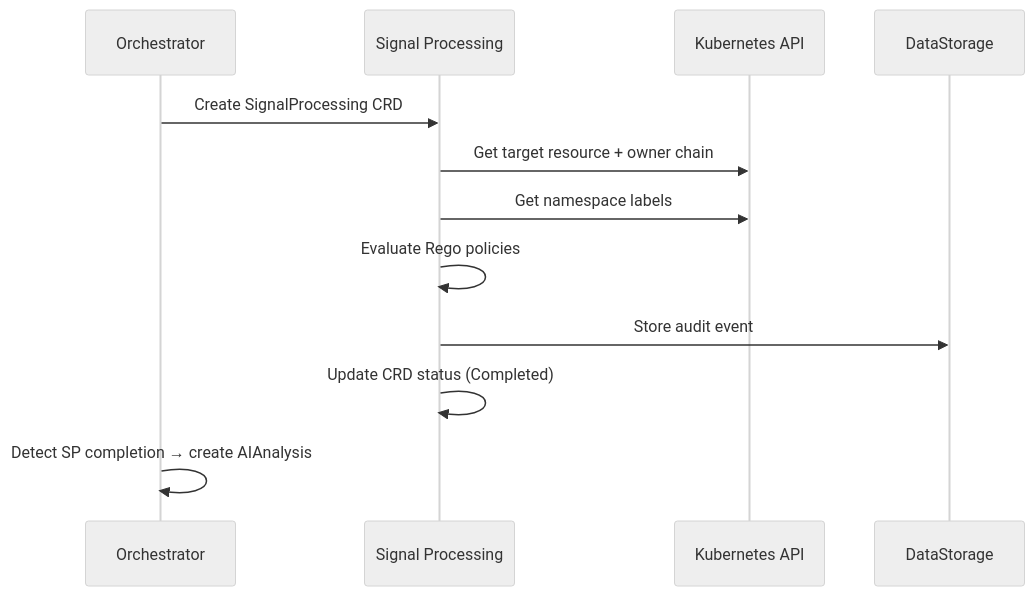
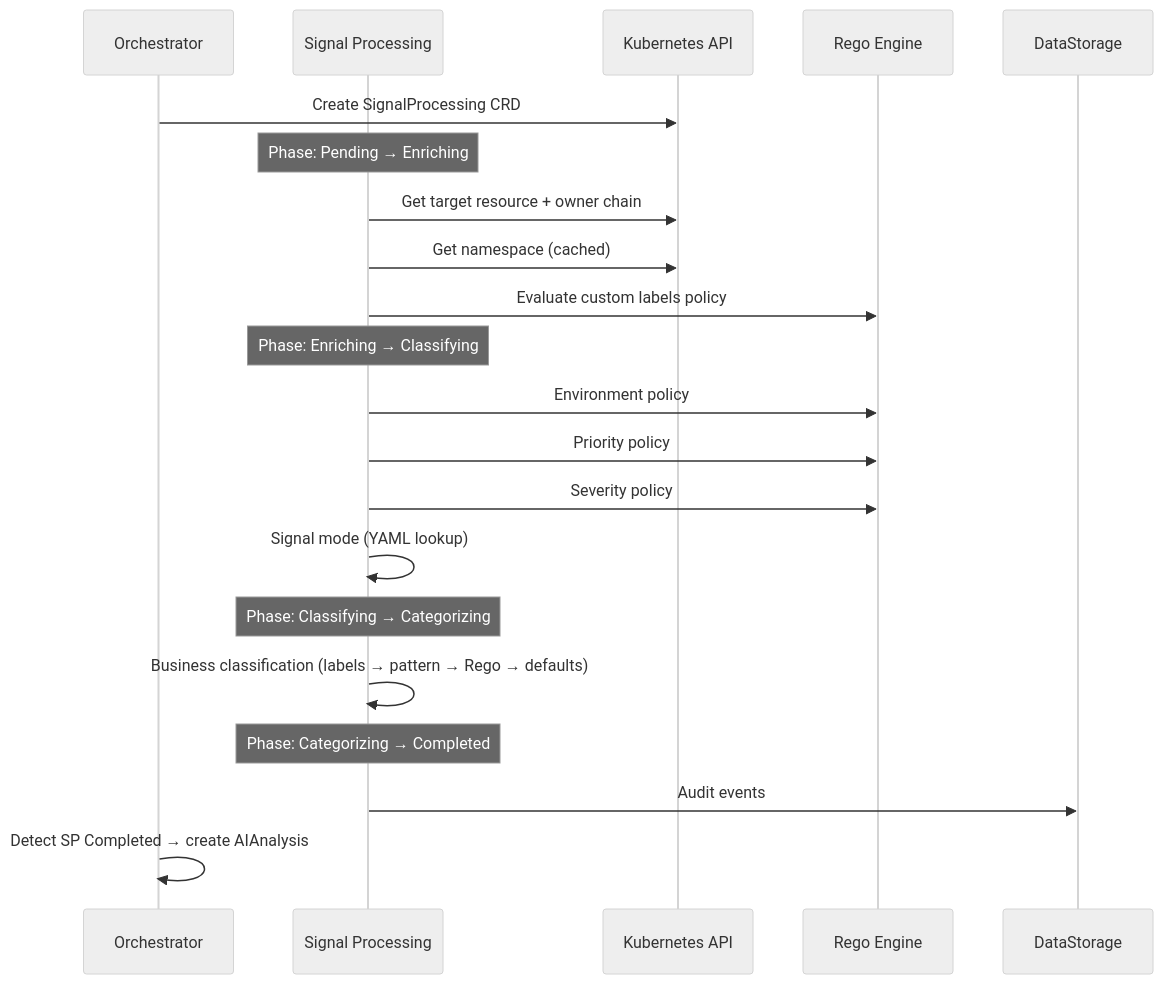
The second of 2 diagrams in docs/architecture/signal-processing.md (jordigilh/kubernaut-docs), drawn with Mermaid (neutral theme) before and after one commit. The commit also changed other lines of this file and 12 other files, not shown here.

First line of the commit message:
docs: expand architecture pages with per-service deep dives

````diff
--- a/docs/architecture/signal-processing.md
+++ b/docs/architecture/signal-processing.md
@@ -93,15 +271,24 @@
 ```mermaid
 sequenceDiagram
     participant RO as Orchestrator
     participant SP as Signal Processing
     participant K8s as Kubernetes API
+    participant OPA as Rego Engine
     participant DS as DataStorage
 
-    RO->>SP: Create SignalProcessing CRD
+    RO->>K8s: Create SignalProcessing CRD
+    Note over SP: Phase: Pending → Enriching
     SP->>K8s: Get target resource + owner chain
-    SP->>K8s: Get namespace labels
-    SP->>SP: Evaluate Rego policies
-    SP->>DS: Store audit event
-    SP->>SP: Update CRD status (Completed)
-    RO->>RO: Detect SP completion → create AIAnalysis
+    SP->>K8s: Get namespace (cached)
+    SP->>OPA: Evaluate custom labels policy
+    Note over SP: Phase: Enriching → Classifying
+    SP->>OPA: Environment policy
+    SP->>OPA: Priority policy
+    SP->>OPA: Severity policy
+    SP->>SP: Signal mode (YAML lookup)
+    Note over SP: Phase: Classifying → Categorizing
+    SP->>SP: Business classification (labels → pattern → Rego → defaults)
+    Note over SP: Phase: Categorizing → Completed
+    SP->>DS: Audit events
+    RO->>RO: Detect SP Completed → create AIAnalysis
 ```
````
